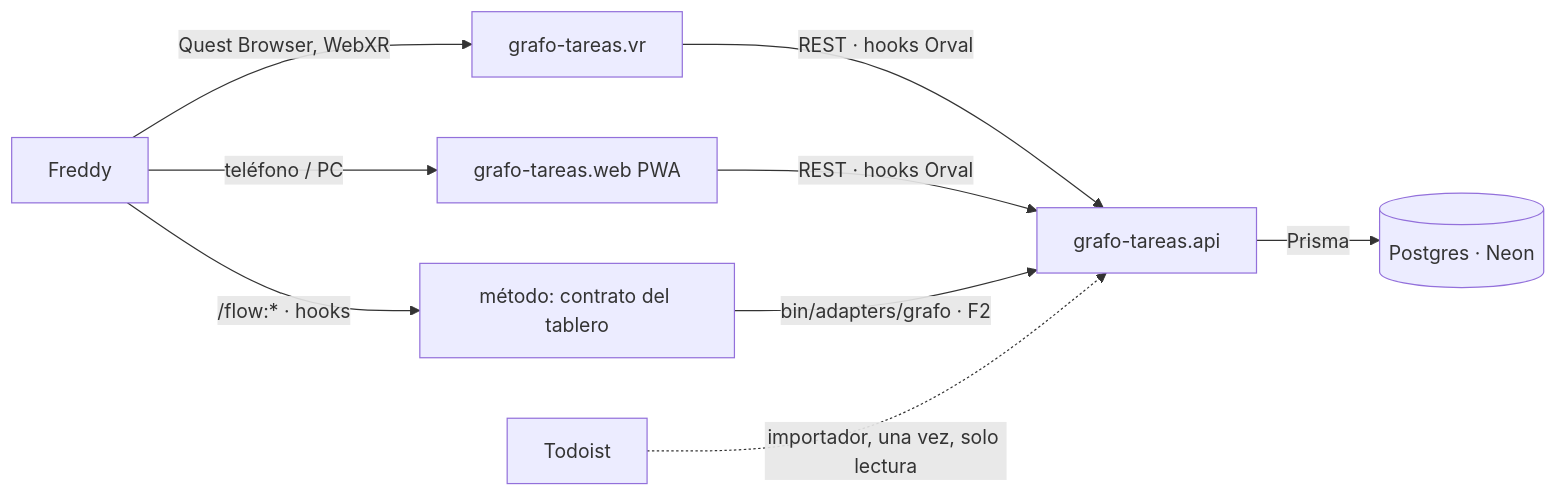
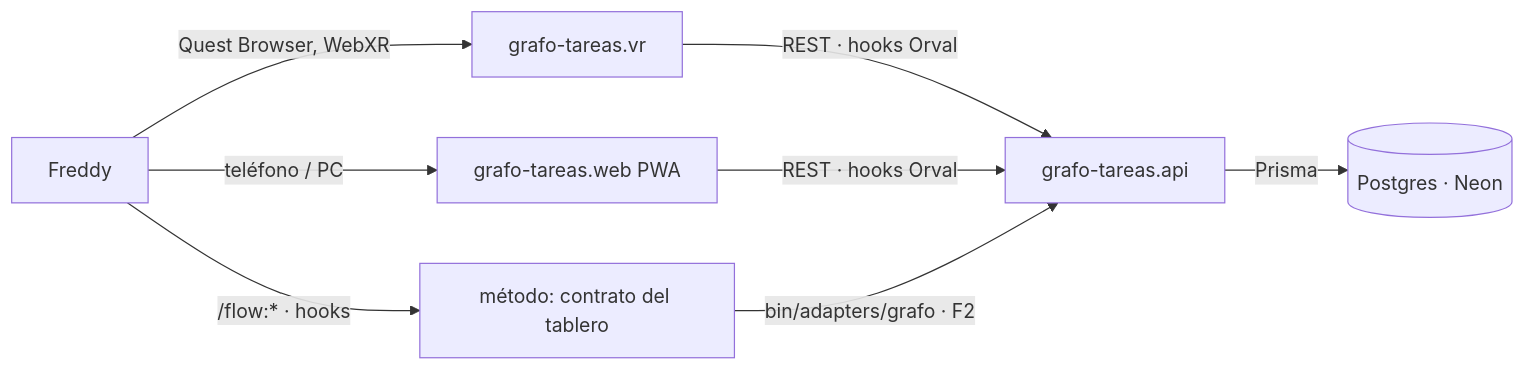
The first of 2 diagrams in docs/diagrams/DIAGRAMAS_COMPONENTES.md (Freddymhs/grafo-tareas), drawn with Mermaid before and after one commit. The commit also changed other lines of this file and 10 other files, not shown here.

````diff
--- a/docs/diagrams/DIAGRAMAS_COMPONENTES.md
+++ b/docs/diagrams/DIAGRAMAS_COMPONENTES.md
@@ -7,11 +7,10 @@
 ```mermaid
 flowchart LR
   F[Freddy] -->|Quest Browser, WebXR| VR[grafo-tareas.vr]
   F -->|teléfono / PC| WEB[grafo-tareas.web PWA]
   F -->|/flow:* · hooks| MET[método: contrato del tablero]
   VR -->|REST · hooks Orval| API[grafo-tareas.api]
   WEB -->|REST · hooks Orval| API
   MET -->|bin/adapters/grafo · F2| API
   API -->|Prisma| DB[(Postgres · Neon)]
-  TOD[Todoist] -.->|importador, una vez, solo lectura| API
 ```
````
